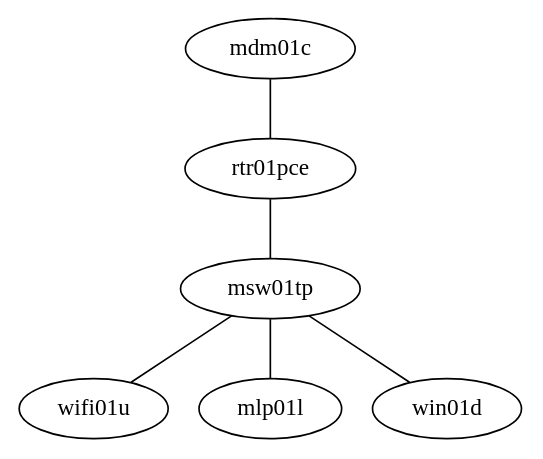
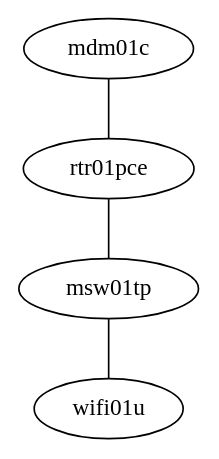
The diagram in ctha/network.dot (jrddunbr/sysconfig), drawn with Graphviz before and after one commit. The commit also changed 6 other files, not shown here.

```diff
--- a/ctha/network.dot
+++ b/ctha/network.dot
@@ -1,14 +1,10 @@
 graph {
     mdm01c
     rtr01pce
     msw01tp
     wifi01u
-    mlp01l
-    win01d
 
     mdm01c -- rtr01pce
     rtr01pce -- msw01tp
     msw01tp -- wifi01u
-    msw01tp -- mlp01l
-    msw01tp -- win01d
 }
```
